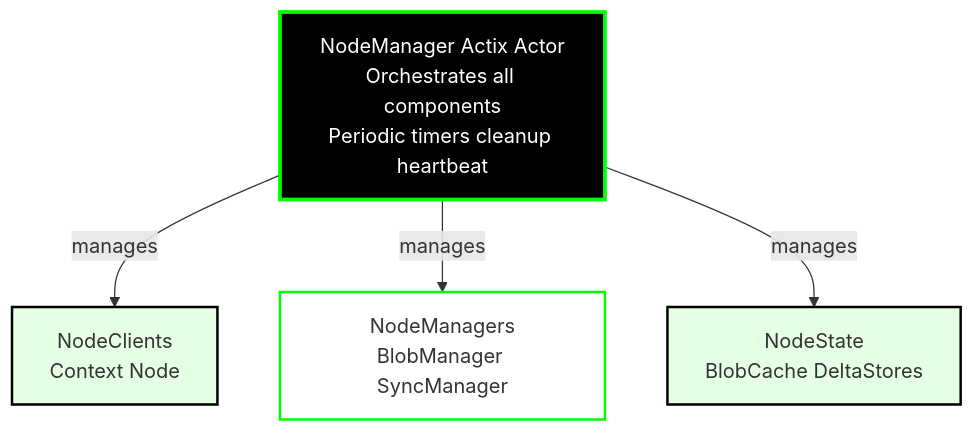
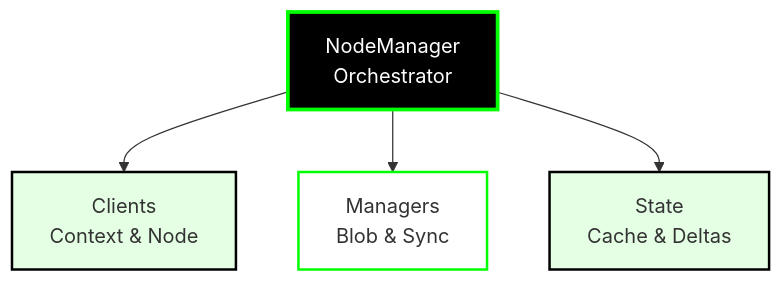
Before and after one commit to calimero-network/docs: the diagram in docs/core-concepts/nodes.md, drawn with Mermaid. The commit also changed 5 other files, not shown here.

First line of the commit message:
fix: Fix Mermaid graph syntax errors and improve readability

````diff
--- a/docs/core-concepts/nodes.md
+++ b/docs/core-concepts/nodes.md
@@ -36,16 +36,11 @@
 ```mermaid
-graph TB
-    NODEMGR[NodeManager Actix Actor<br/>Orchestrates all components<br/>Periodic timers cleanup heartbeat]
-    CLIENTS[NodeClients<br/>Context Node]
-    MANAGERS[NodeManagers<br/>BlobManager SyncManager]
-    STATE[NodeState<br/>BlobCache DeltaStores]
+flowchart TD
+    MGR[NodeManager<br/>Orchestrator] --> CLIENTS[Clients<br/>Context & Node]
+    MGR --> MANAGERS[Managers<br/>Blob & Sync]
+    MGR --> STATE[State<br/>Cache & Deltas]
     
-    NODEMGR -->|manages| CLIENTS
-    NODEMGR -->|manages| MANAGERS
-    NODEMGR -->|manages| STATE
-    
-    style NODEMGR fill:#000000,stroke:#00ff00,stroke-width:3px,color:#ffffff
+    style MGR fill:#000000,stroke:#00ff00,stroke-width:3px,color:#ffffff
     style CLIENTS fill:#e5ffe5,stroke:#000000,stroke-width:2px
     style MANAGERS fill:#ffffff,stroke:#00ff00,stroke-width:2px
     style STATE fill:#e5ffe5,stroke:#000000,stroke-width:2px
 ```
````
